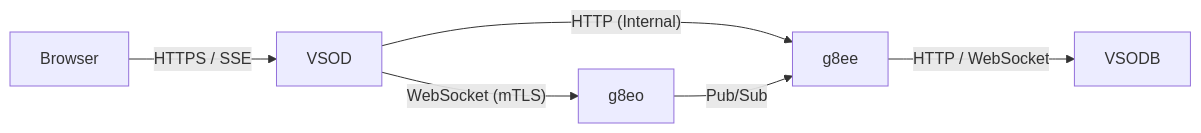
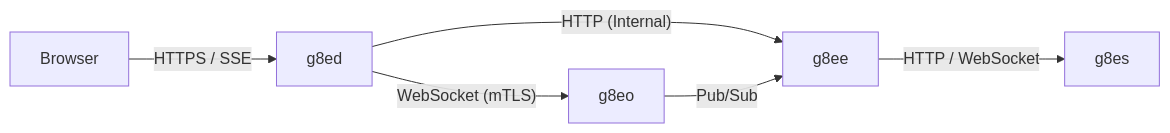
One commit to g8e-ai/g8e changed the first of 2 diagrams in docs/components/g8ee.md. Above: the diagram before and after it, drawn with Mermaid. The commit also changed other lines of this file and 1064 other files, not shown here.

````diff
--- a/docs/components/g8ee.md
+++ b/docs/components/g8ee.md
@@ -34,8 +34,8 @@
 ```mermaid
 graph LR
-    Browser -- "HTTPS / SSE" --> VSOD
-    VSOD -- "HTTP (Internal)" --> g8ee
-    g8ee -- "HTTP / WebSocket" --> VSODB
-    VSOD -- "WebSocket (mTLS)" --> g8eo
+    Browser -- "HTTPS / SSE" --> g8ed
+    g8ed -- "HTTP (Internal)" --> g8ee
+    g8ee -- "HTTP / WebSocket" --> g8es
+    g8ed -- "WebSocket (mTLS)" --> g8eo
     g8eo -- "Pub/Sub" --> g8ee
 ```
````
